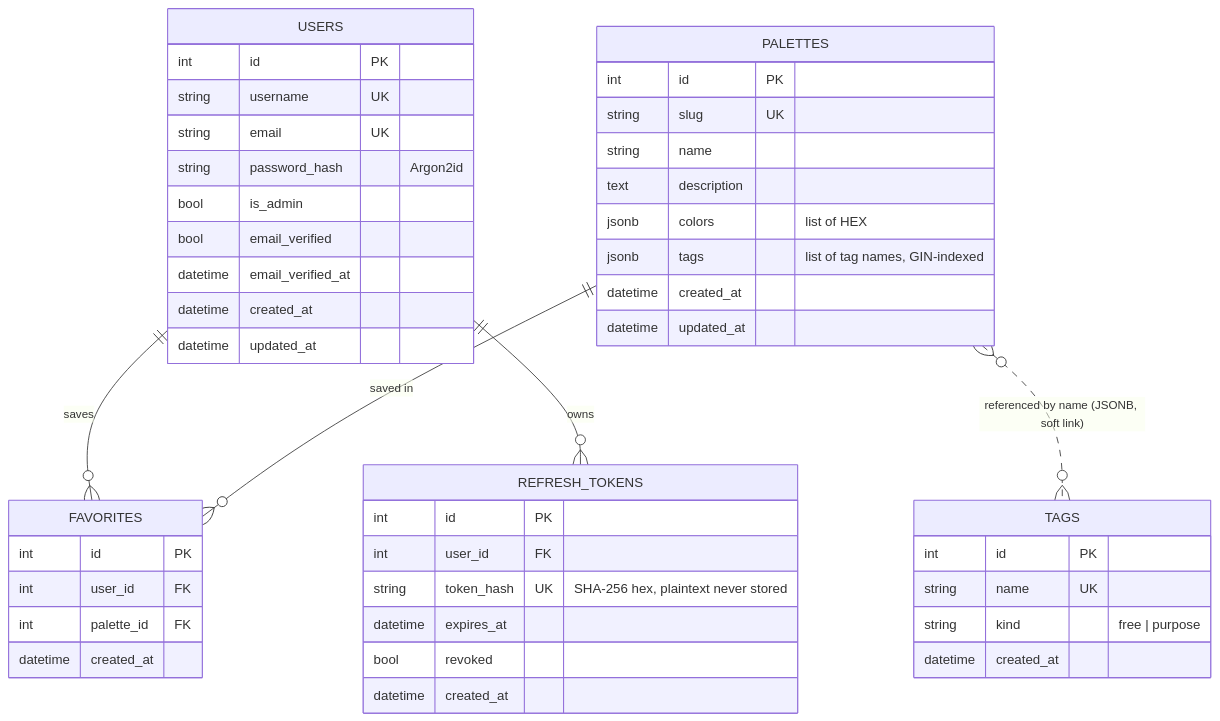
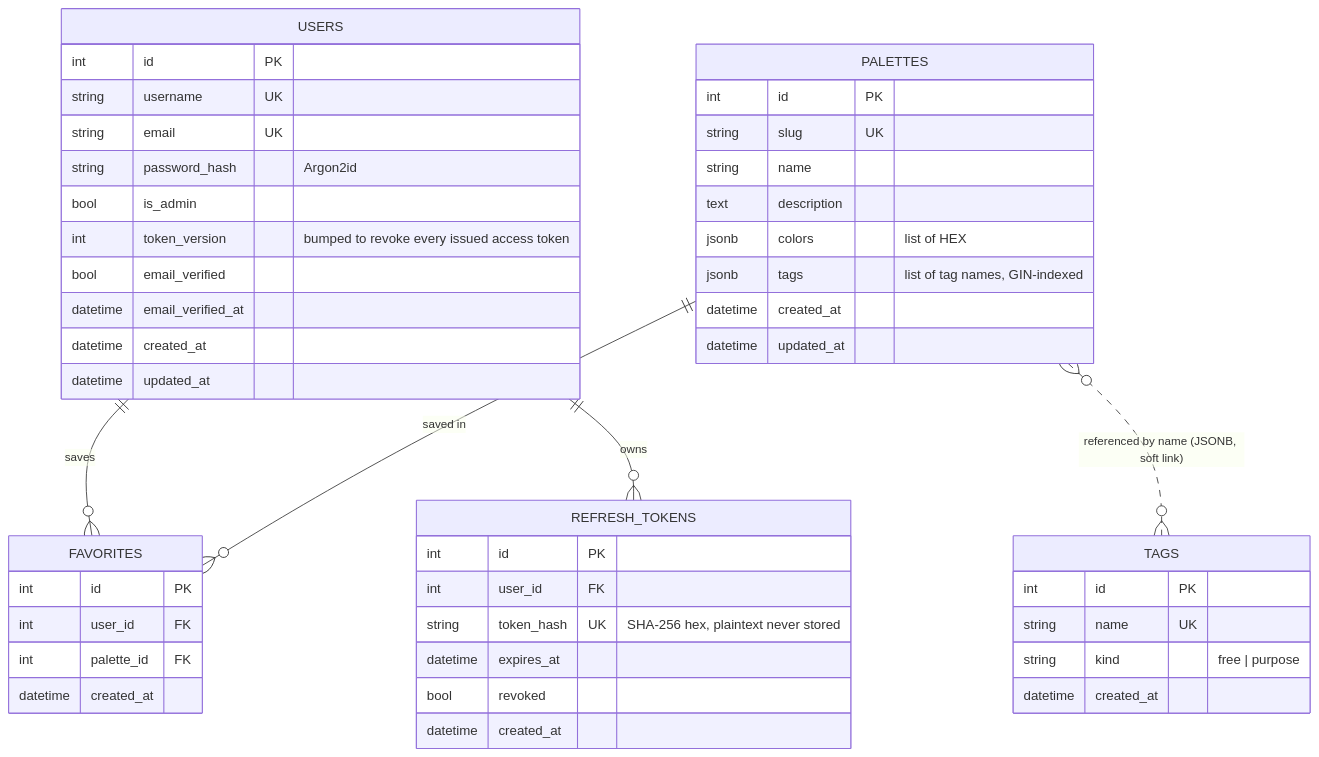
The first of 3 diagrams in docs/architecture.md (Ingwalde/Palette), drawn with Mermaid before and after one commit. The commit also changed other lines of this file and 11 other files, not shown here.

````diff
--- a/docs/architecture.md
+++ b/docs/architecture.md
@@ -14,49 +14,50 @@
 ```mermaid
 erDiagram
     USERS ||--o{ FAVORITES : "saves"
     PALETTES ||--o{ FAVORITES : "saved in"
     USERS ||--o{ REFRESH_TOKENS : "owns"
     PALETTES }o..o{ TAGS : "referenced by name (JSONB, soft link)"
 
     USERS {
         int id PK
         string username UK
         string email UK
         string password_hash "Argon2id"
         bool is_admin
+        int token_version "bumped to revoke every issued access token"
         bool email_verified
         datetime email_verified_at
         datetime created_at
         datetime updated_at
     }
     PALETTES {
         int id PK
         string slug UK
         string name
         text description
         jsonb colors "list of HEX"
         jsonb tags "list of tag names, GIN-indexed"
         datetime created_at
         datetime updated_at
     }
     TAGS {
         int id PK
         string name UK
         string kind "free | purpose"
         datetime created_at
     }
     FAVORITES {
         int id PK
         int user_id FK
         int palette_id FK
         datetime created_at
     }
     REFRESH_TOKENS {
         int id PK
         int user_id FK
         string token_hash UK "SHA-256 hex, plaintext never stored"
         datetime expires_at
         bool revoked
         datetime created_at
     }
 ```
````
